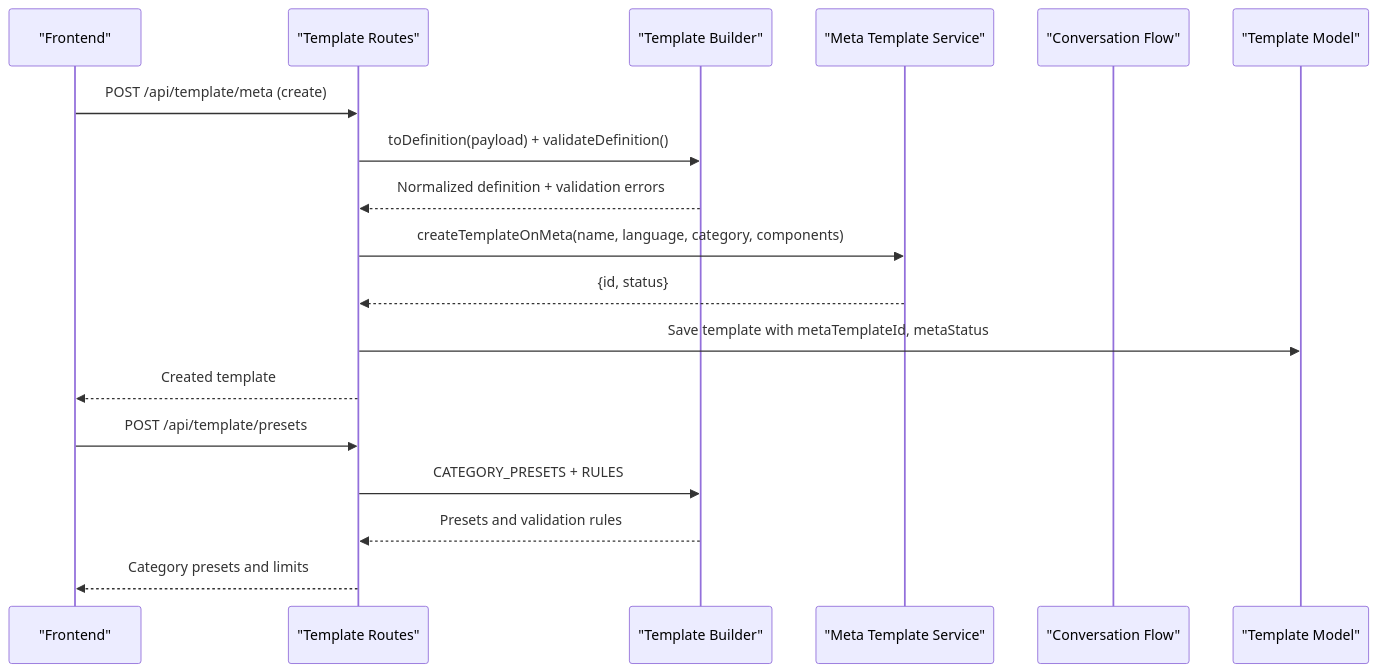
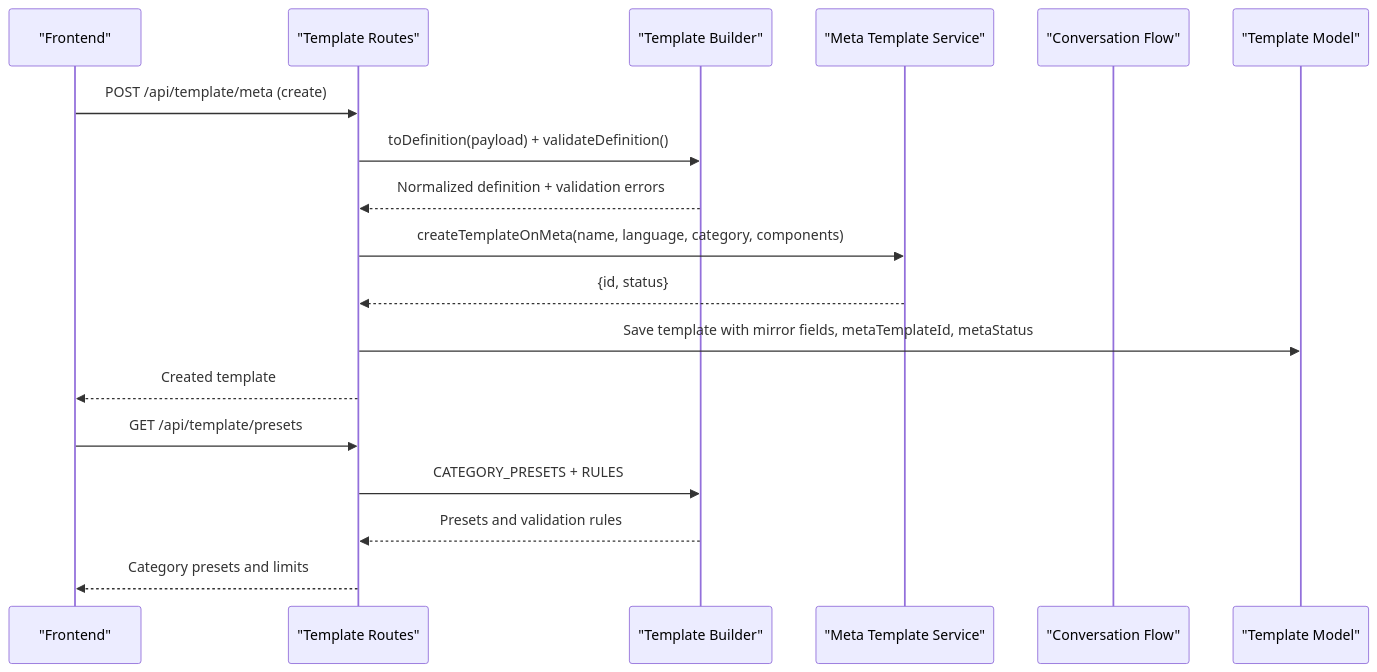
Before and after one commit to zesteatvga-spec/crm: the second of 12 diagrams in .qoder/repowiki/en/content/Template Management/Template Management.md, drawn with Mermaid. The commit also changed other lines of this file and 26 other files, not shown here.

````diff
--- a/.qoder/repowiki/en/content/Template Management/Template Management.md
+++ b/.qoder/repowiki/en/content/Template Management/Template Management.md
@@ -127,20 +128,20 @@
 ```mermaid
 sequenceDiagram
 participant FE as "Frontend"
 participant RT as "Template Routes"
 participant TB as "Template Builder"
 participant MS as "Meta Template Service"
 participant CF as "Conversation Flow"
 participant DB as "Template Model"
 FE->>RT : POST /api/template/meta (create)
 RT->>TB : toDefinition(payload) + validateDefinition()
 TB-->>RT : Normalized definition + validation errors
 RT->>MS : createTemplateOnMeta(name, language, category, components)
 MS-->>RT : {id, status}
-RT->>DB : Save template with metaTemplateId, metaStatus
+RT->>DB : Save template with mirror fields, metaTemplateId, metaStatus
 RT-->>FE : Created template
-FE->>RT : POST /api/template/presets
+FE->>RT : GET /api/template/presets
 RT->>TB : CATEGORY_PRESETS + RULES
 TB-->>RT : Presets and validation rules
 RT-->>FE : Category presets and limits
 ```
````
